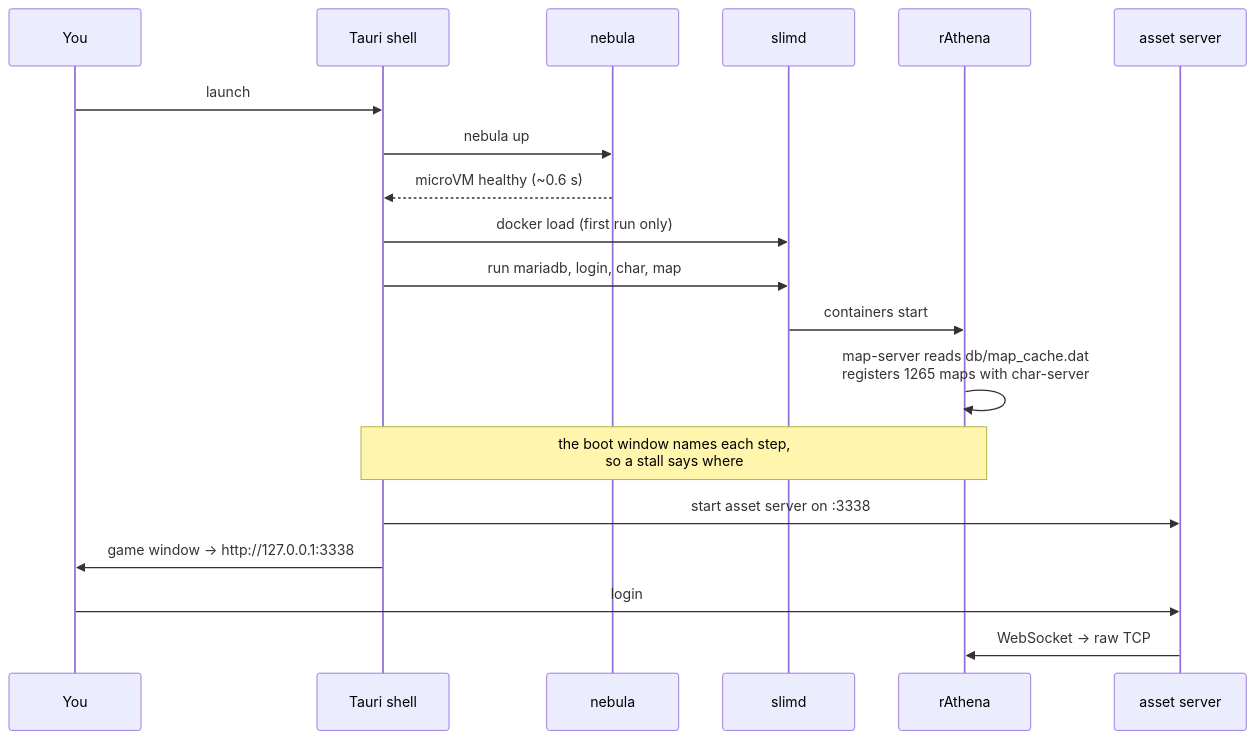
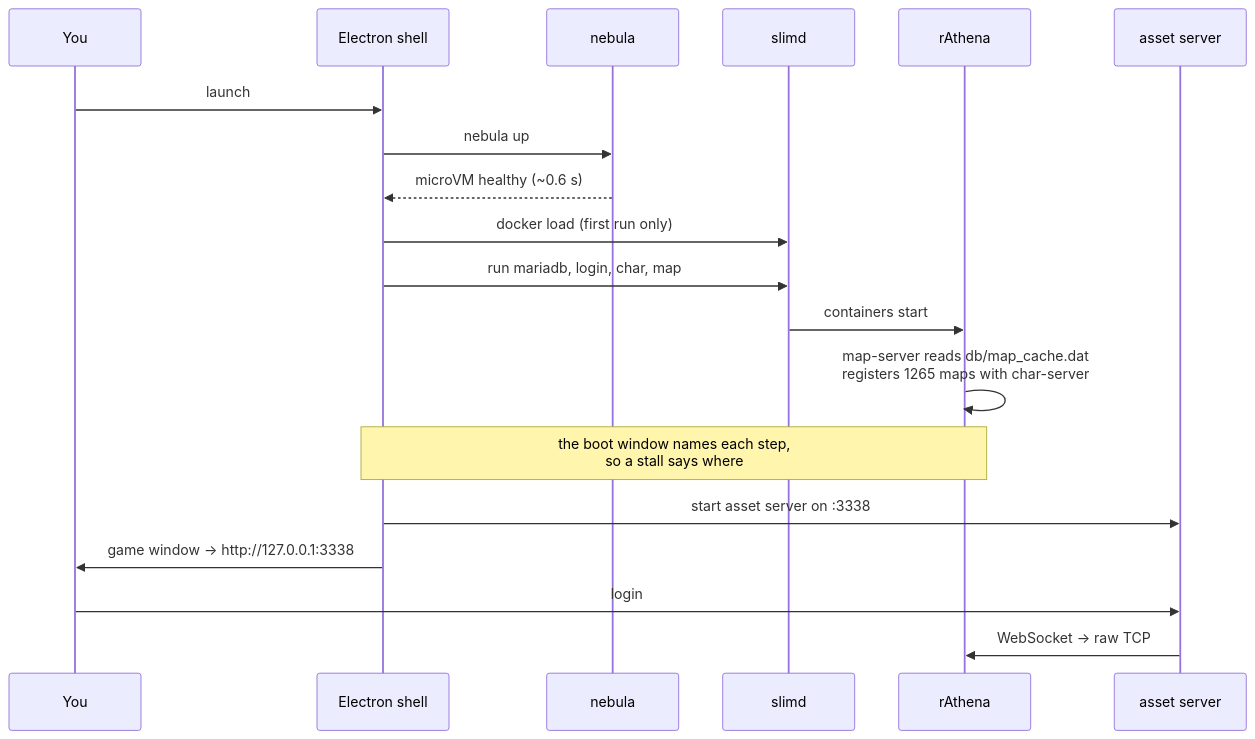
The second of 2 diagrams in README.md (Flux159/ragnarokoffline.app), drawn with Mermaid before and after one commit. The commit also changed other lines of this file and 15 other files, not shown here.

````diff
--- a/README.md
+++ b/README.md
@@ -132,22 +132,22 @@
 ```mermaid
 sequenceDiagram
     participant U as You
-    participant T as Tauri shell
+    participant T as Electron shell
     participant N as nebula
     participant S as slimd
     participant R as rAthena
     participant A as asset server
 
     U->>T: launch
     T->>N: nebula up
     N-->>T: microVM healthy (~0.6 s)
     T->>S: docker load (first run only)
     T->>S: run mariadb, login, char, map
     S->>R: containers start
     R->>R: map-server reads db/map_cache.dat<br/>registers 1265 maps with char-server
     Note over T,R: the boot window names each step,<br/>so a stall says where
     T->>A: start asset server on :3338
     T->>U: game window → http://127.0.0.1:3338
     U->>A: login
     A->>R: WebSocket → raw TCP
 ```
````
